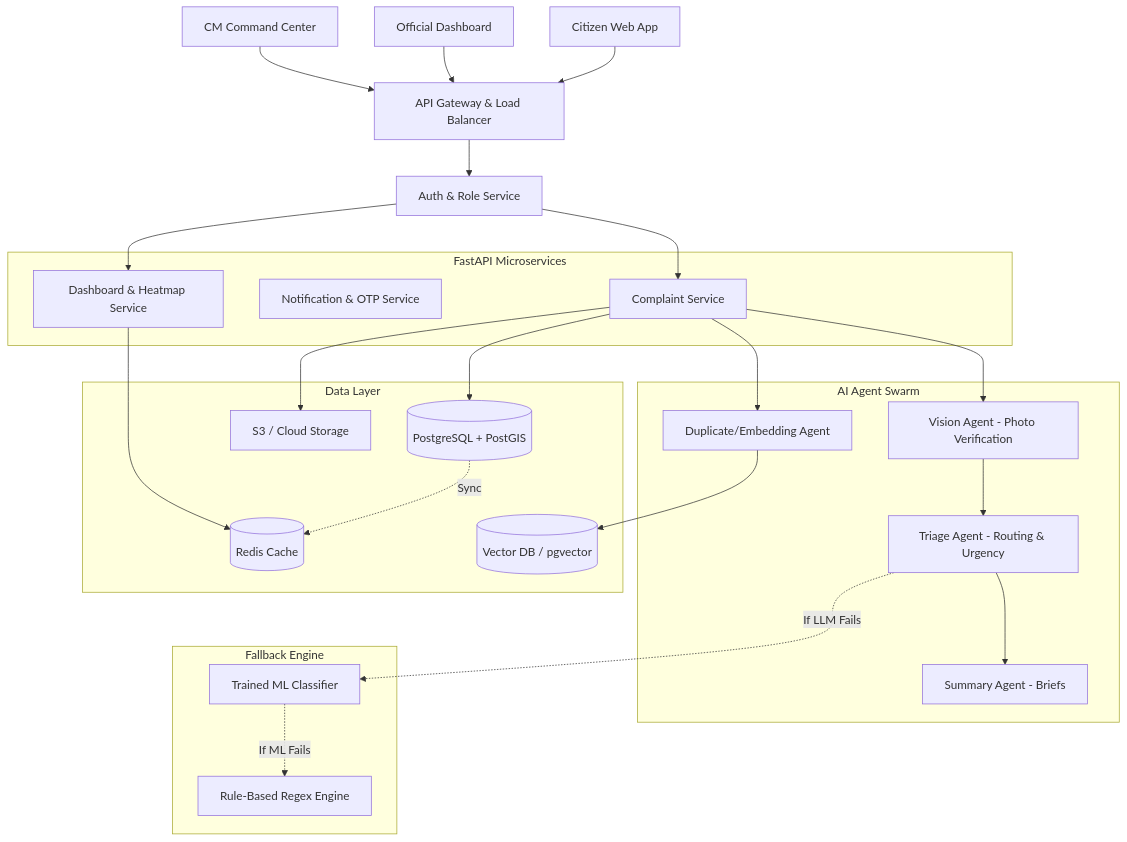
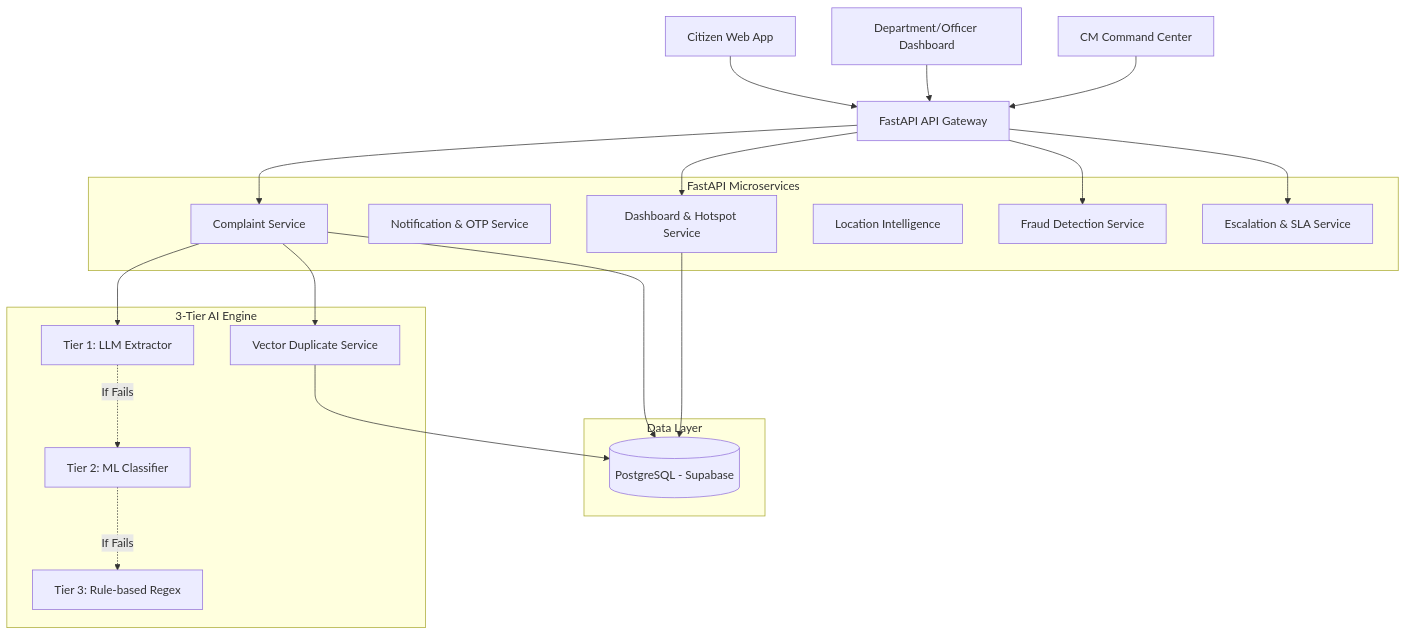
Before and after one commit to DAREDEVIL-OF-NEXUS/CIVICLENS-AI: the first of 2 diagrams in DOCS/SYSTEM_ARCHITECTURE.md, drawn with Mermaid. The commit also changed other lines of this file and 3 other files, not shown here.

Commit message:
docs: Rewrite architecture, README, and TODO to reflect actual implementation

````diff
--- a/DOCS/SYSTEM_ARCHITECTURE.md
+++ b/DOCS/SYSTEM_ARCHITECTURE.md
@@ -4,62 +4,51 @@
 ```mermaid
 graph TD
     %% Clients
     Cit[Citizen Web App]
-    Off[Official Dashboard]
+    Off[Department/Officer Dashboard]
     CM[CM Command Center]
 
     %% Gateway & Auth
-    AG[API Gateway & Load Balancer]
-    Auth[Auth & Role Service]
+    AG[FastAPI API Gateway]
     
     Cit --> AG
     Off --> AG
     CM --> AG
-    AG --> Auth
 
     %% Core Services
     subgraph Core Backend [FastAPI Microservices]
         CS[Complaint Service]
         NS[Notification & OTP Service]
-        DS[Dashboard & Heatmap Service]
+        DS[Dashboard & Hotspot Service]
+        Loc[Location Intelligence]
+        SLA[Escalation & SLA Service]
+        Fraud[Fraud Detection Service]
     end
     
-    Auth --> CS
-    Auth --> DS
+    AG --> CS
+    AG --> DS
+    AG --> Fraud
+    AG --> SLA
 
     %% AI Pipeline / Agent Workflow
-    subgraph AI Pipeline [AI Agent Swarm]
-        VA[Vision Agent - Photo Verification]
-        TA[Triage Agent - Routing & Urgency]
-        SA[Summary Agent - Briefs]
-        DA[Duplicate/Embedding Agent]
+    subgraph AI Pipeline [3-Tier AI Engine]
+        LLM[Tier 1: LLM Extractor]
+        ML[Tier 2: ML Classifier]
+        RB[Tier 3: Rule-based Regex]
+        DA[Vector Duplicate Service]
     end
 
-    CS --> VA
-    VA --> TA
-    TA --> SA
+    CS --> LLM
+    LLM -.If Fails.-> ML
+    ML -.If Fails.-> RB
     CS --> DA
-
-    %% Fallback System
-    subgraph Fallback Engine
-        ML[Trained ML Classifier]
-        RB[Rule-Based Regex Engine]
-    end
-    
-    TA -.If LLM Fails.-> ML
-    ML -.If ML Fails.-> RB
 
     %% Databases
     subgraph Data Layer
-        PG[(PostgreSQL + PostGIS)]
-        VD[(Vector DB / pgvector)]
-        RD[(Redis Cache)]
-        S3[S3 / Cloud Storage]
+        PG[(PostgreSQL - Supabase)]
     end
 
     CS --> PG
-    CS --> S3
-    DA --> VD
-    DS --> RD
-    PG -.Sync.-> RD
+    DA --> PG
+    DS --> PG
 ```
````
